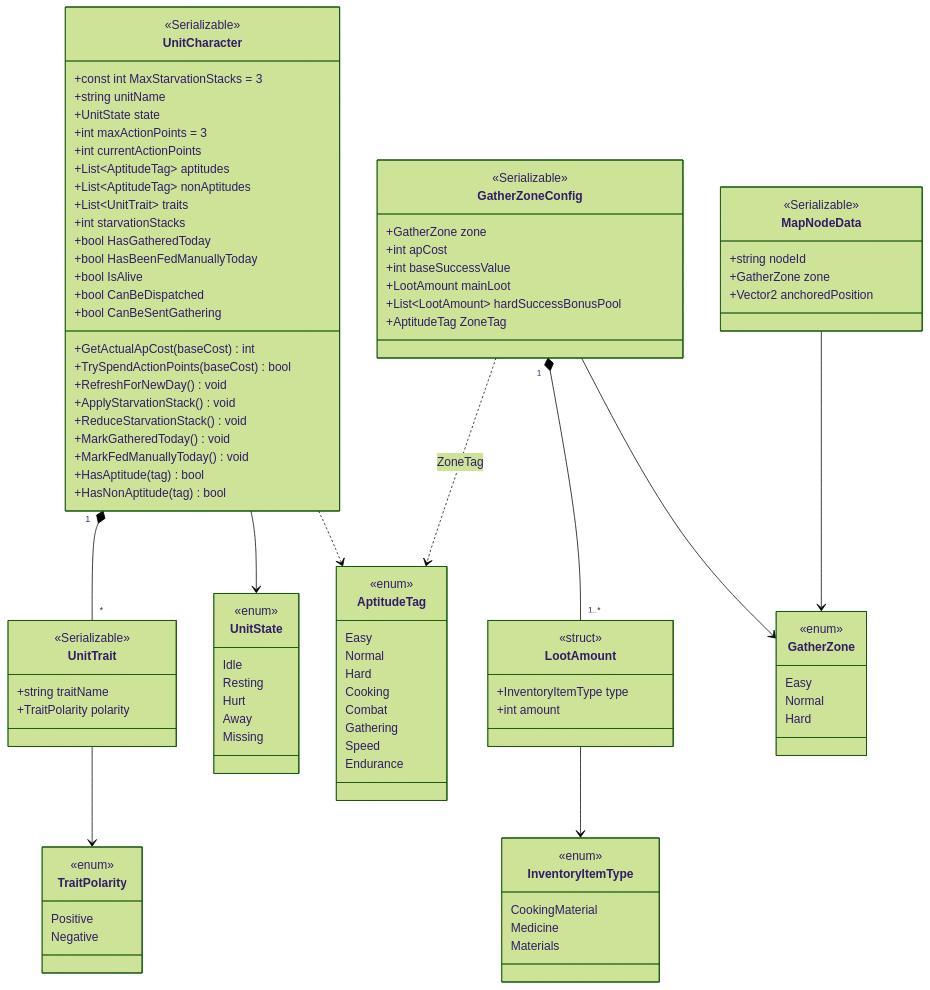
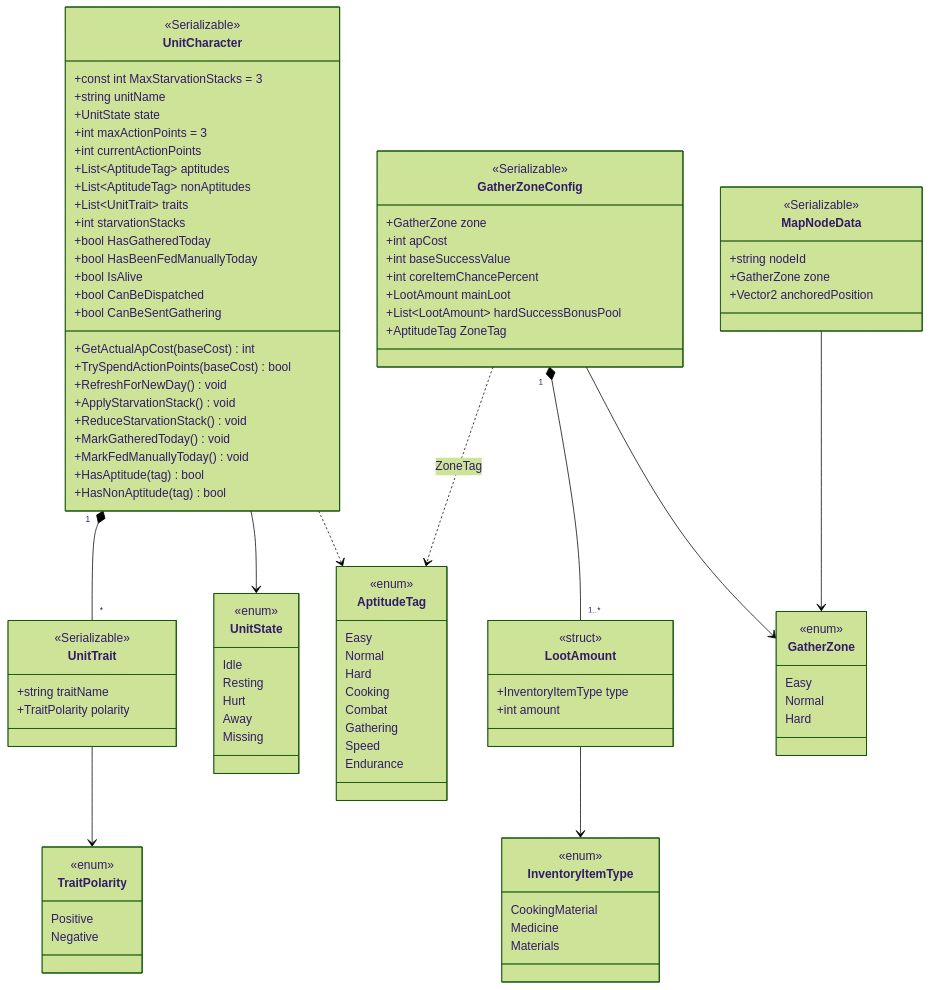
One commit to nopponaim603/clogged changed the second of 4 diagrams in docs/software/05-unity-class-diagram.md. Above: the diagram before and after it, drawn with Mermaid (forest theme). The commit also changed other lines of this file and 10 other files, not shown here.

```diff
--- a/docs/software/05-unity-class-diagram.md
+++ b/docs/software/05-unity-class-diagram.md
@@ -152,6 +172,7 @@
         +GatherZone zone
         +int apCost
         +int baseSuccessValue
+        +int coreItemChancePercent
         +LootAmount mainLoot
         +List~LootAmount~ hardSuccessBonusPool
         +AptitudeTag ZoneTag
```
